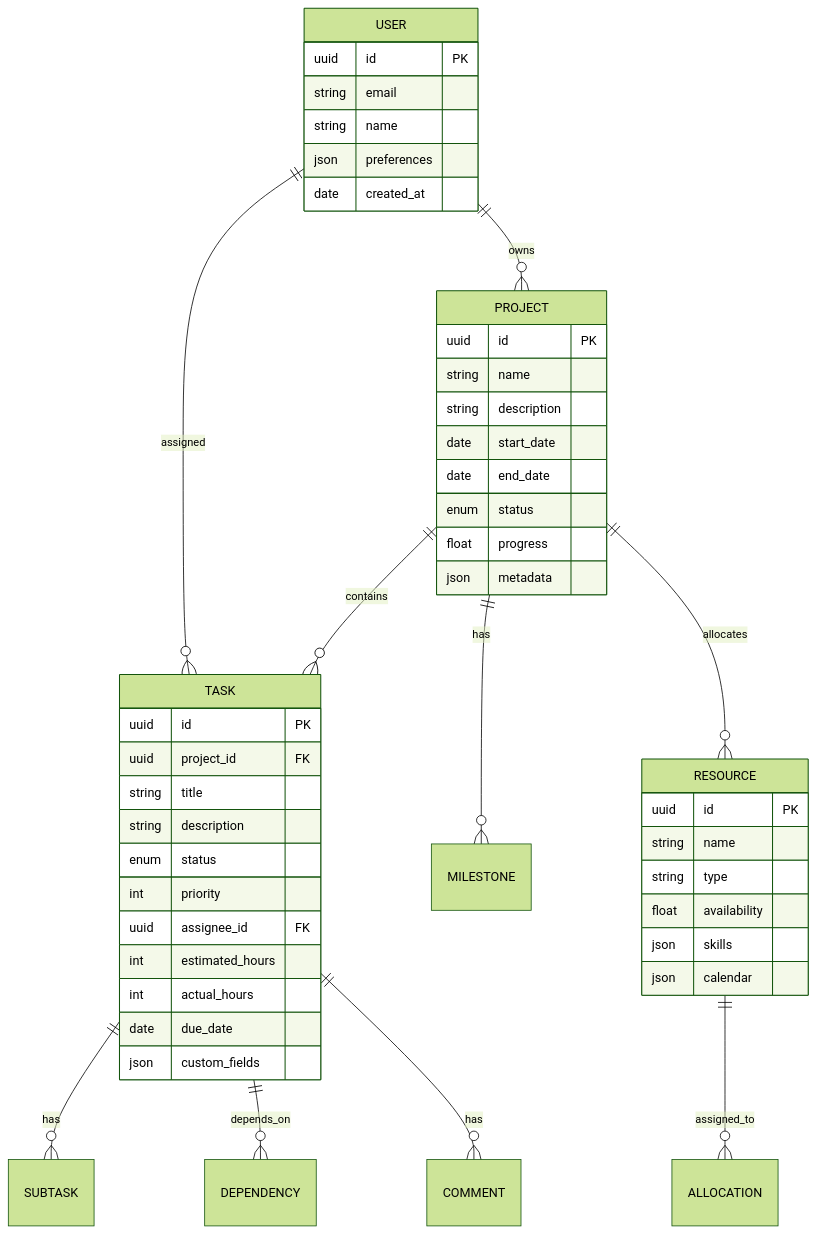
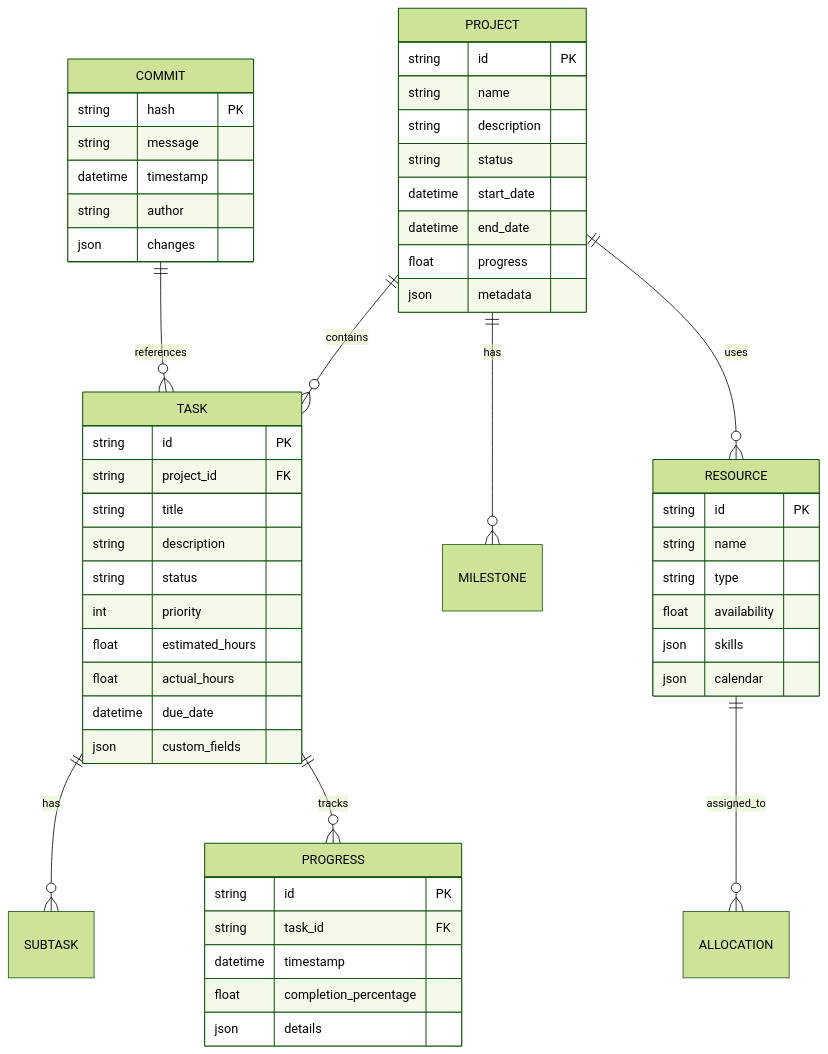
The ninth of 18 diagrams in Docs/Software_Engineering/Software_Architecture_Document.md (Shakour-Data/AutoProjectManagement), drawn with Mermaid (forest theme) before and after one commit. The commit also changed other lines of this file, not shown here.

````diff
--- a/Docs/Software_Engineering/Software_Architecture_Document.md
+++ b/Docs/Software_Engineering/Software_Architecture_Document.md
@@ -430,54 +419,59 @@
 ```mermaid
 erDiagram
     PROJECT ||--o{ TASK : contains
     PROJECT ||--o{ MILESTONE : has
-    PROJECT ||--o{ RESOURCE : allocates
+    PROJECT ||--o{ RESOURCE : uses
     TASK ||--o{ SUBTASK : has
-    TASK ||--o{ DEPENDENCY : depends_on
-    TASK ||--o{ COMMENT : has
+    TASK ||--o{ PROGRESS : tracks
     RESOURCE ||--o{ ALLOCATION : assigned_to
-    USER ||--o{ PROJECT : owns
-    USER ||--o{ TASK : assigned
+    COMMIT ||--o{ TASK : references
     
     PROJECT {
-        uuid id PK
+        string id PK
         string name
         string description
-        date start_date
-        date end_date
-        enum status
+        string status
+        datetime start_date
+        datetime end_date
         float progress
         json metadata
     }
     
     TASK {
-        uuid id PK
-        uuid project_id FK
+        string id PK
+        string project_id FK
         string title
         string description
-        enum status
+        string status
         int priority
-        uuid assignee_id FK
-        int estimated_hours
-        int actual_hours
-        date due_date
+        float estimated_hours
+        float actual_hours
+        datetime due_date
         json custom_fields
     }
     
     RESOURCE {
-        uuid id PK
+        string id PK
         string name
         string type
         float availability
         json skills
         json calendar
     }
     
-    USER {
-        uuid id PK
-        string email
-        string name
-        json preferences
-        date created_at
+    PROGRESS {
+        string id PK
+        string task_id FK
+        datetime timestamp
+        float completion_percentage
+        json details
+    }
+    
+    COMMIT {
+        string hash PK
+        string message
+        datetime timestamp
+        string author
+        json changes
     }
 ```
````
